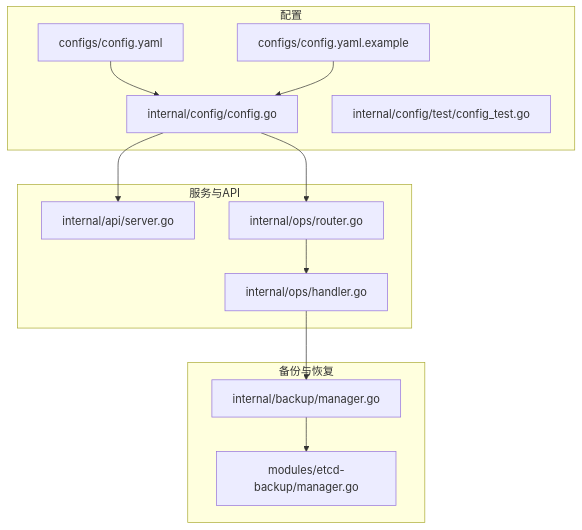
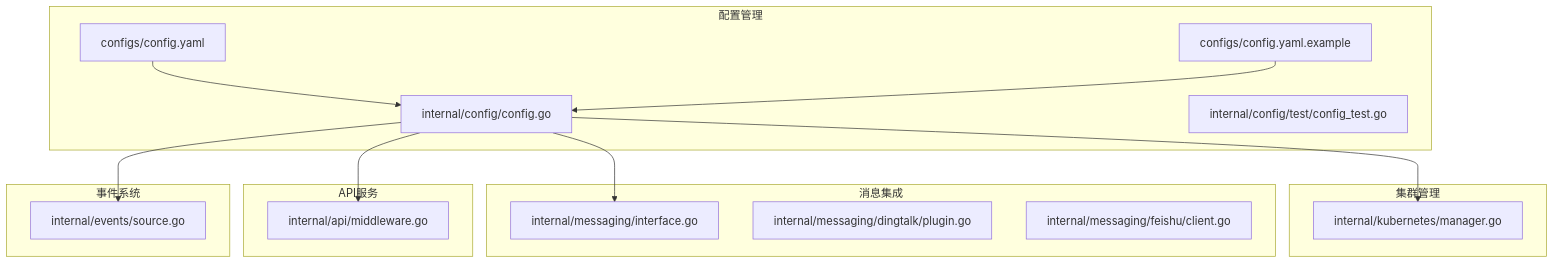
The first of 4 diagrams in .qoder/repowiki/zh/content/安装部署/配置管理.md (kudig-io/klaw), drawn with Mermaid before and after one commit. The commit also changed other lines of this file and 245 other files, not shown here.

````diff
--- a/.qoder/repowiki/zh/content/安装部署/配置管理.md
+++ b/.qoder/repowiki/zh/content/安装部署/配置管理.md
@@ -39,25 +51,29 @@
 ```mermaid
 graph TB
-subgraph "配置"
+subgraph "配置管理"
 C1["configs/config.yaml"]
 C2["configs/config.yaml.example"]
 C3["internal/config/config.go"]
 CT["internal/config/test/config_test.go"]
 end
-subgraph "服务与API"
-S1["internal/api/server.go"]
-O1["internal/ops/router.go"]
-O2["internal/ops/handler.go"]
+subgraph "集群管理"
+K1["internal/kubernetes/manager.go"]
 end
-subgraph "备份与恢复"
-B1["internal/backup/manager.go"]
-E1["modules/etcd-backup/manager.go"]
+subgraph "消息集成"
+M1["internal/messaging/interface.go"]
+M2["internal/messaging/dingtalk/plugin.go"]
+M3["internal/messaging/feishu/client.go"]
+end
+subgraph "API服务"
+S1["internal/api/middleware.go"]
+end
+subgraph "事件系统"
+E1["internal/events/source.go"]
 end
 C1 --> C3
 C2 --> C3
+C3 --> K1
+C3 --> M1
 C3 --> S1
-C3 --> O1
-O1 --> O2
-O2 --> B1
-B1 --> E1
+C3 --> E1
 ```
````
